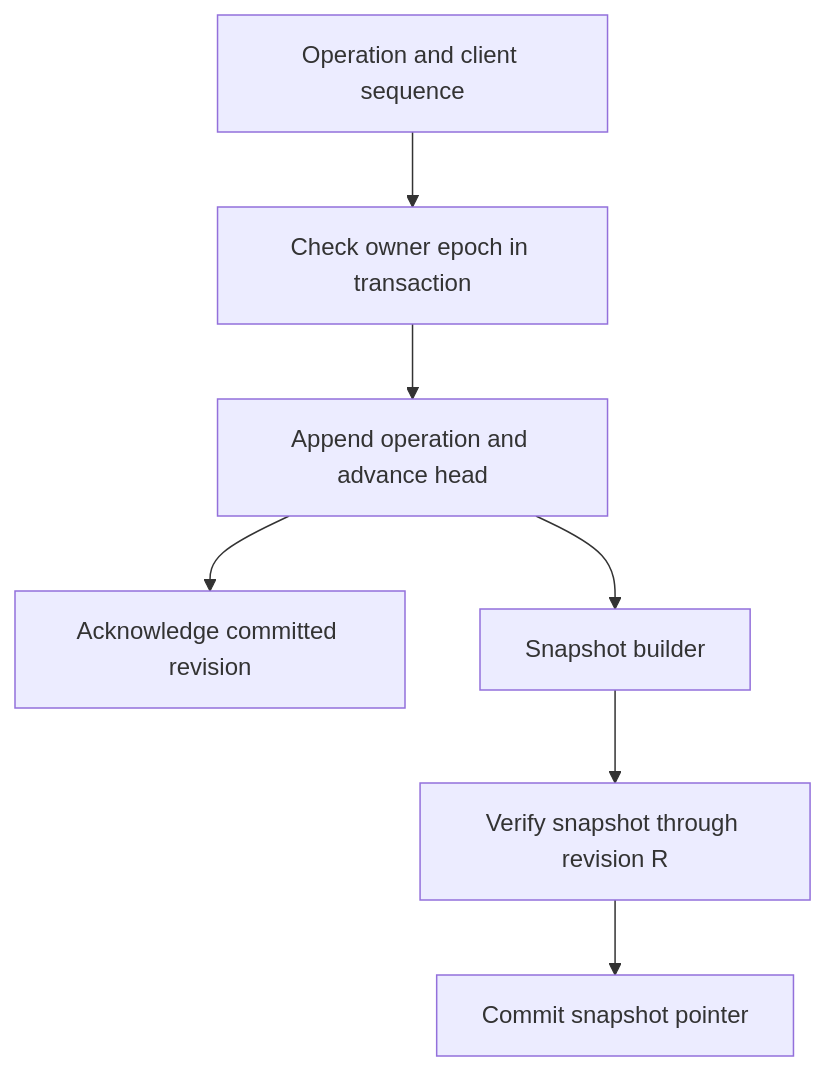
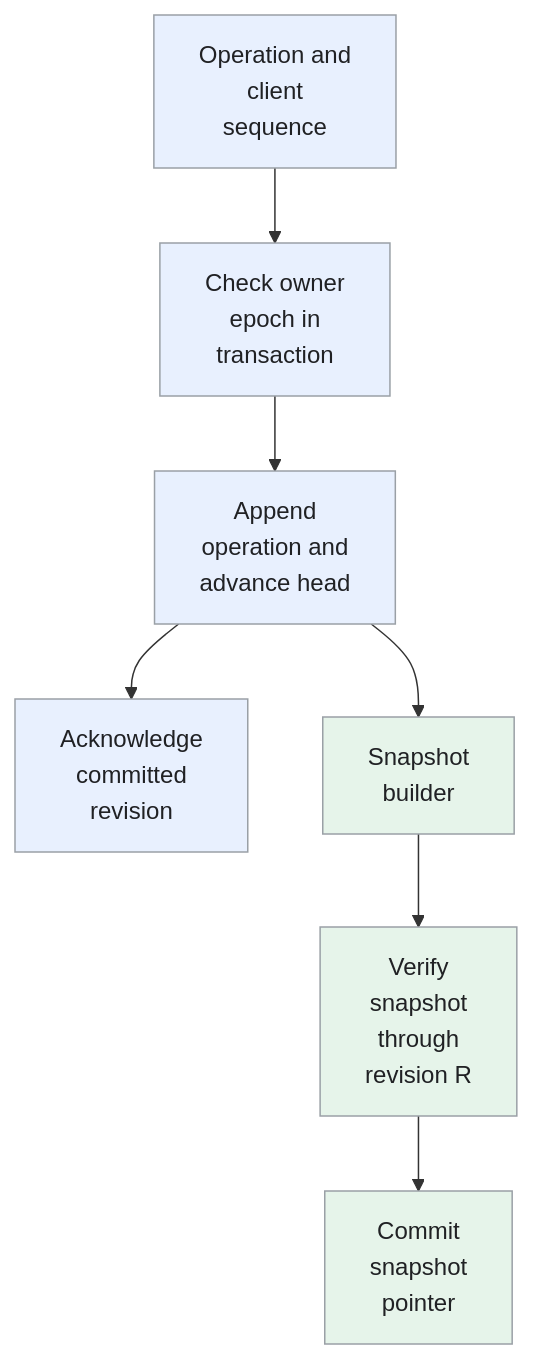
One commit to iliazlobin/iliazlobin.github.io changed the fifth of 5 diagrams in _designs/system-design-google-docs.md. Above: the diagram before and after it, drawn with Mermaid. The commit also changed other lines of this file and 131 other files, not shown here.

````diff
--- a/_designs/system-design-google-docs.md
+++ b/_designs/system-design-google-docs.md
@@ -269,9 +342,14 @@
 ```mermaid
 flowchart TB
-  O["Operation and client sequence"] --> T["Check owner epoch in transaction"]
-  T --> C["Append operation and advance head"]
-  C --> A["Acknowledge committed revision"]
-  C --> S["Snapshot builder"]
-  S --> V["Verify snapshot through revision R"]
-  V --> P["Commit snapshot pointer"]
+  O["Operation and<br>client<br>sequence"] --> T["Check owner<br>epoch in<br>transaction"]
+  T --> C["Append<br>operation and<br>advance head"]
+  C --> A["Acknowledge<br>committed<br>revision"]
+  C --> S["Snapshot<br>builder"]
+  S --> V["Verify<br>snapshot<br>through<br>revision R"]
+  V --> P["Commit<br>snapshot<br>pointer"]
+  classDef request fill:#e8f0fe,stroke:#9aa0a6,color:#202124,stroke-width:1px
+  classDef background fill:#e6f4ea,stroke:#9aa0a6,color:#202124,stroke-width:1px
+  classDef control fill:#fef7e0,stroke:#9aa0a6,color:#202124,stroke-width:1px
+  class O,T,C,A request
+  class S,V,P background
 ```
````
